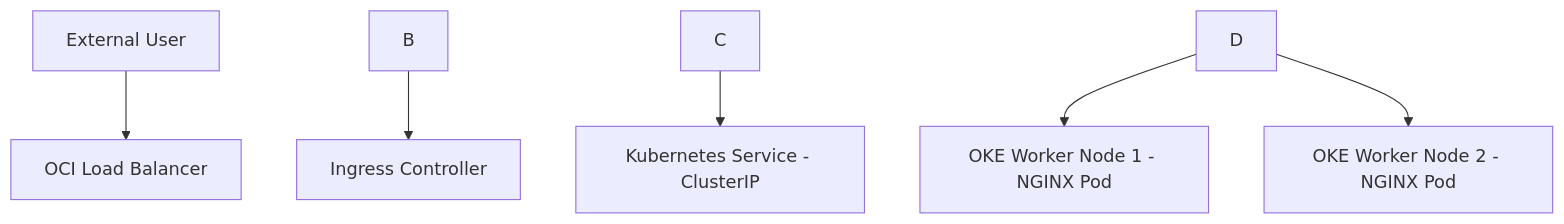
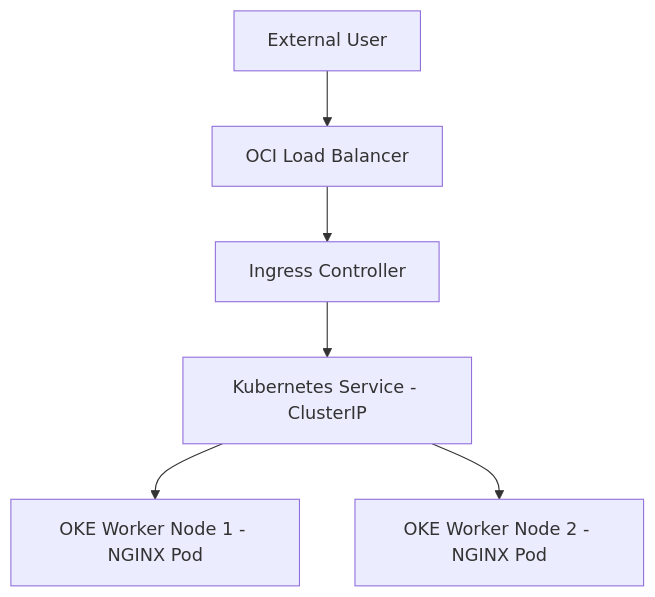
One commit to Arnoinfi66/OCI-OKE-Deployment-Architecture changed the diagram in README.md. Above: the diagram before and after it, drawn with Mermaid. The commit also changed other lines of this file, not shown here.

````diff
--- a/README.md
+++ b/README.md
@@ -26,8 +28,8 @@
 ```mermaid
 flowchart TD
-    A[External User] --> B\[OCI Load Balancer]
-    B --> C\[Ingress Controller]
-    C --> D\[Kubernetes Service - ClusterIP]
-    D --> E\[OKE Worker Node 1 - NGINX Pod]
-    D --> F\[OKE Worker Node 2 - NGINX Pod]
+    A[External User] --> B[OCI Load Balancer]
+    B --> C[Ingress Controller]
+    C --> D[Kubernetes Service - ClusterIP]
+    D --> E[OKE Worker Node 1 - NGINX Pod]
+    D --> F[OKE Worker Node 2 - NGINX Pod]
 ```
````
